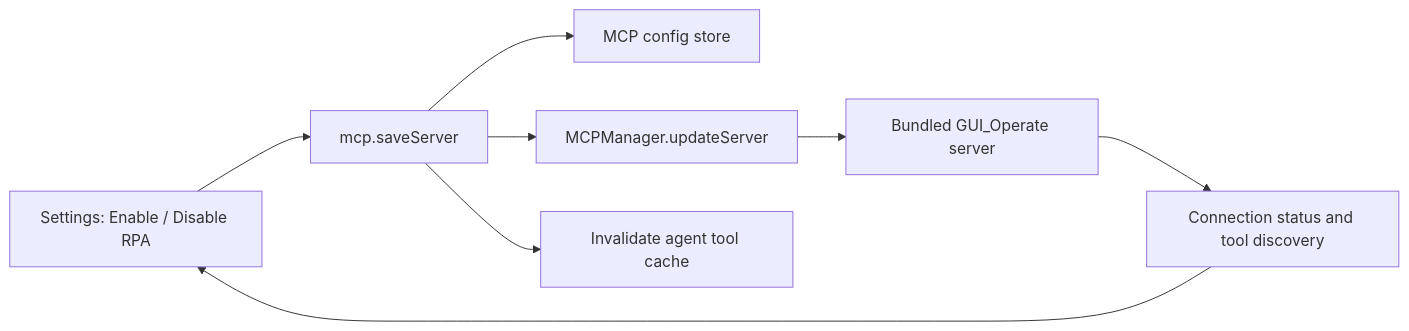
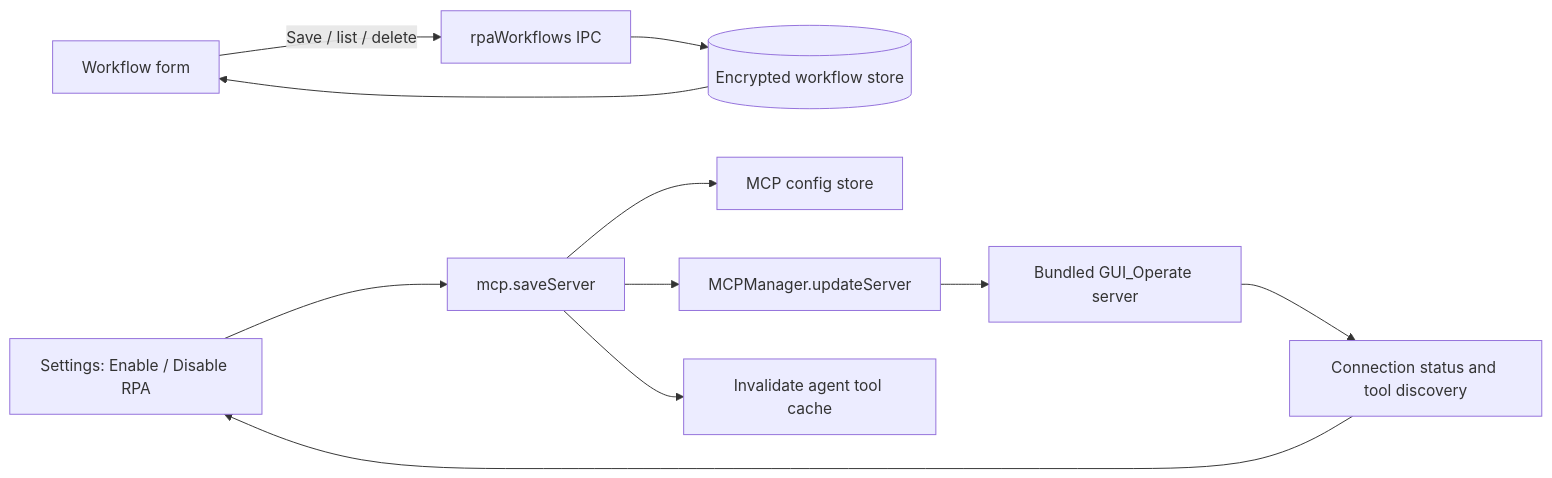
One commit to dineshsrivastava07-cell/dsr-CoworkAI changed diagram 13 of 16 in Architecture.md. Above: the diagram before and after it, drawn with Mermaid. The commit also changed other lines of this file and 9 other files, not shown here.

Commit message:
fix(rpa): persist workflow configurations

````diff
--- a/Architecture.md
+++ b/Architecture.md
@@ -383,10 +383,13 @@
 ```mermaid
 flowchart LR
+    FORM[Workflow form] -->|Save / list / delete| WFIPC[rpaWorkflows IPC]
+    WFIPC --> WFSTORE[(Encrypted workflow store)]
+    WFSTORE --> FORM
     UI[Settings: Enable / Disable RPA] --> IPC[mcp.saveServer]
     IPC --> STORE[MCP config store]
     IPC --> MGR[MCPManager.updateServer]
     MGR --> GUI[Bundled GUI_Operate server]
     GUI --> STATUS[Connection status and tool discovery]
     STATUS --> UI
     IPC --> CACHE[Invalidate agent tool cache]
 ```
````
